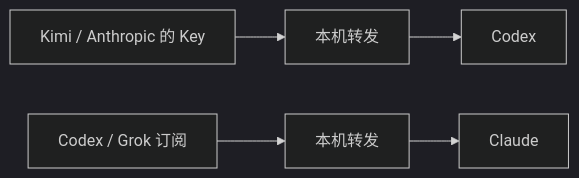
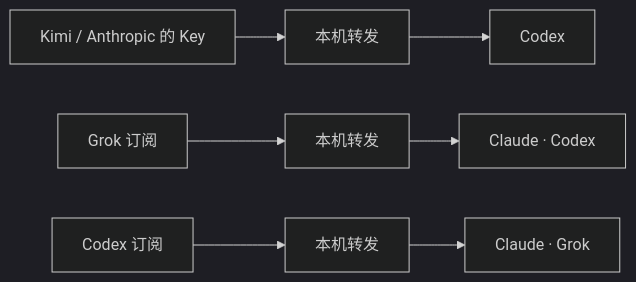
Before and after one commit to nicechencs/AgentHub: the seventh of 7 diagrams in docs/product-decisions.md, drawn with Mermaid (dark theme). The commit also changed other lines of this file and 46 other files, not shown here.

````diff
--- a/docs/product-decisions.md
+++ b/docs/product-decisions.md
@@ -144,5 +148,6 @@
 ```mermaid
 flowchart LR
   keys["Kimi / Anthropic 的 Key"] --> fwd1["本机转发"] --> codex["Codex"]
-  subs["Codex / Grok 订阅"] --> fwd2["本机转发"] --> claude["Claude"]
+  grokSub["Grok 订阅"] --> fwdGrok["本机转发"] --> grokTargets["Claude · Codex"]
+  codexSub["Codex 订阅"] --> fwdCodex["本机转发"] --> codexTargets["Claude · Grok"]
 ```
````
